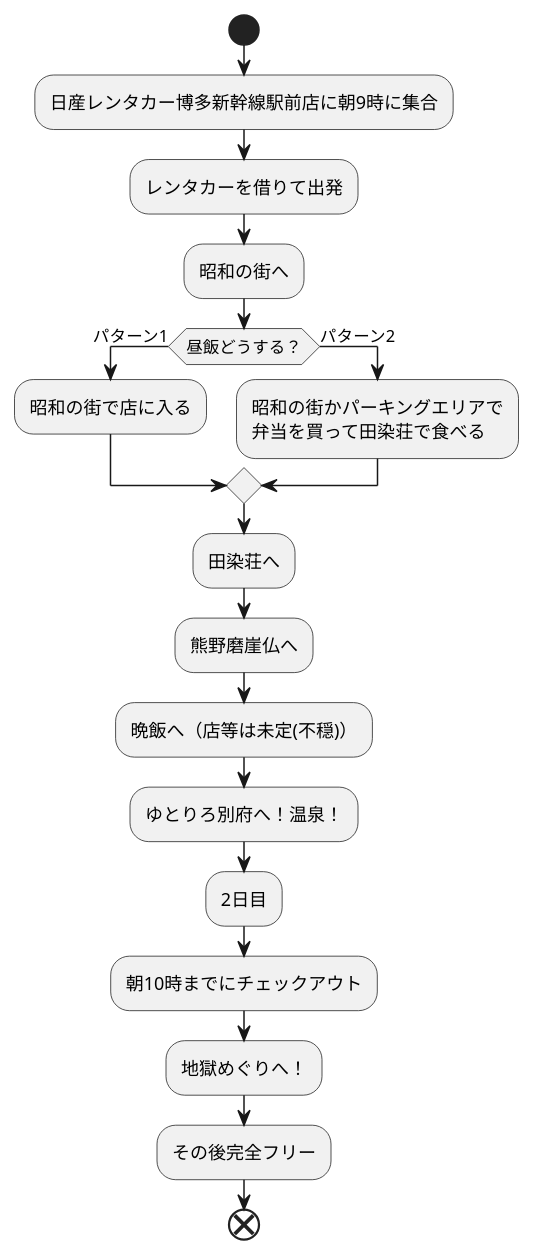
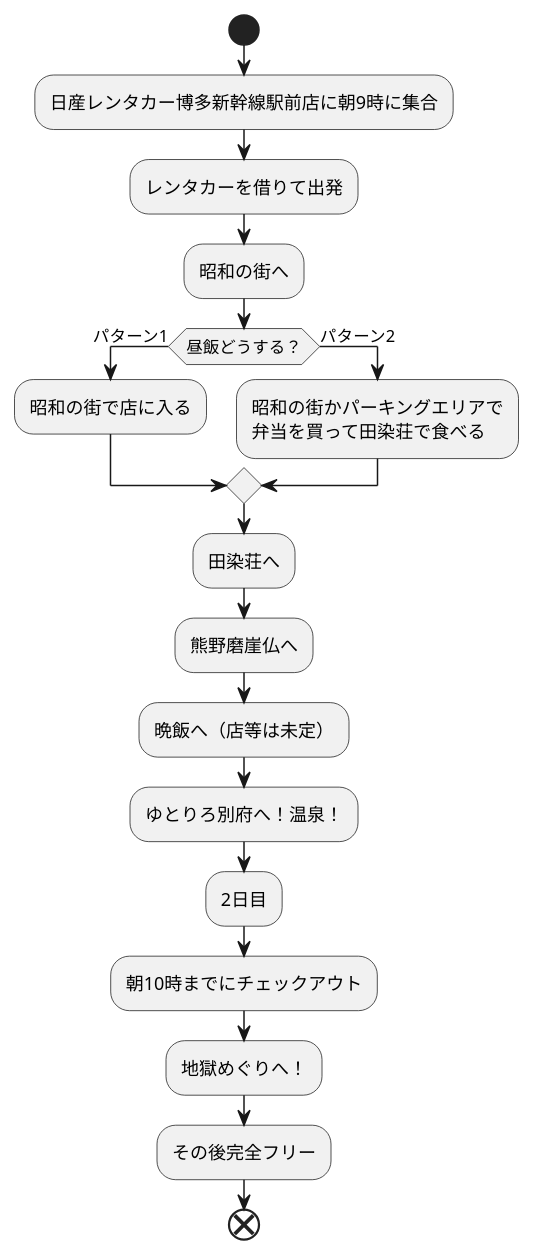
Before and after one commit to Aso2001369/2021sys-design: the diagram in trip.md, drawn with PlantUML.

````diff
--- a/trip.md
+++ b/trip.md
@@ -1,24 +1,24 @@
 ```uml
 @startuml
 start
 
 :日産レンタカー博多新幹線駅前店に朝9時に集合;
 :レンタカーを借りて出発;
 :昭和の街へ;
 if(昼飯どうする？)then(パターン1)
 :昭和の街で店に入る;
 else(パターン2)
 :昭和の街かパーキングエリアで
 弁当を買って田染荘で食べる;
 endif
 :田染荘へ;
 :熊野磨崖仏へ;
-:晩飯へ（店等は未定(不穏)）;
+:晩飯へ（店等は未定）;
 :ゆとりろ別府へ！温泉！;
 :2日目;
 :朝10時までにチェックアウト;
 :地獄めぐりへ！;
 :その後完全フリー;
 end
 @enduml
 ```
````
